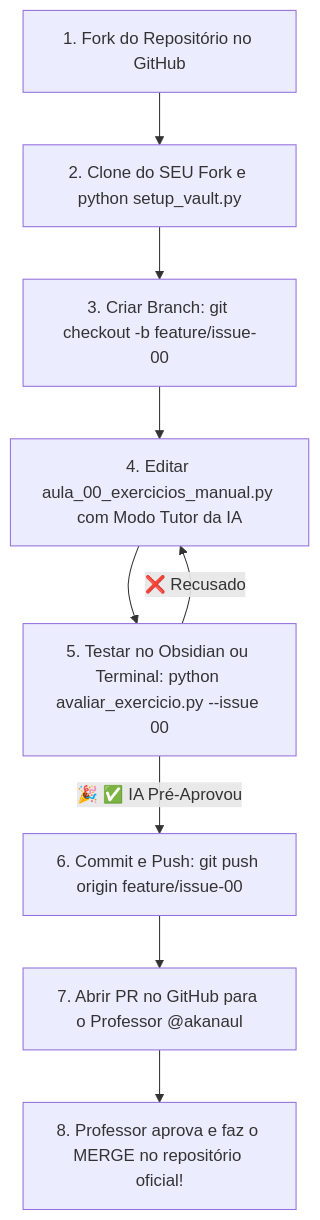
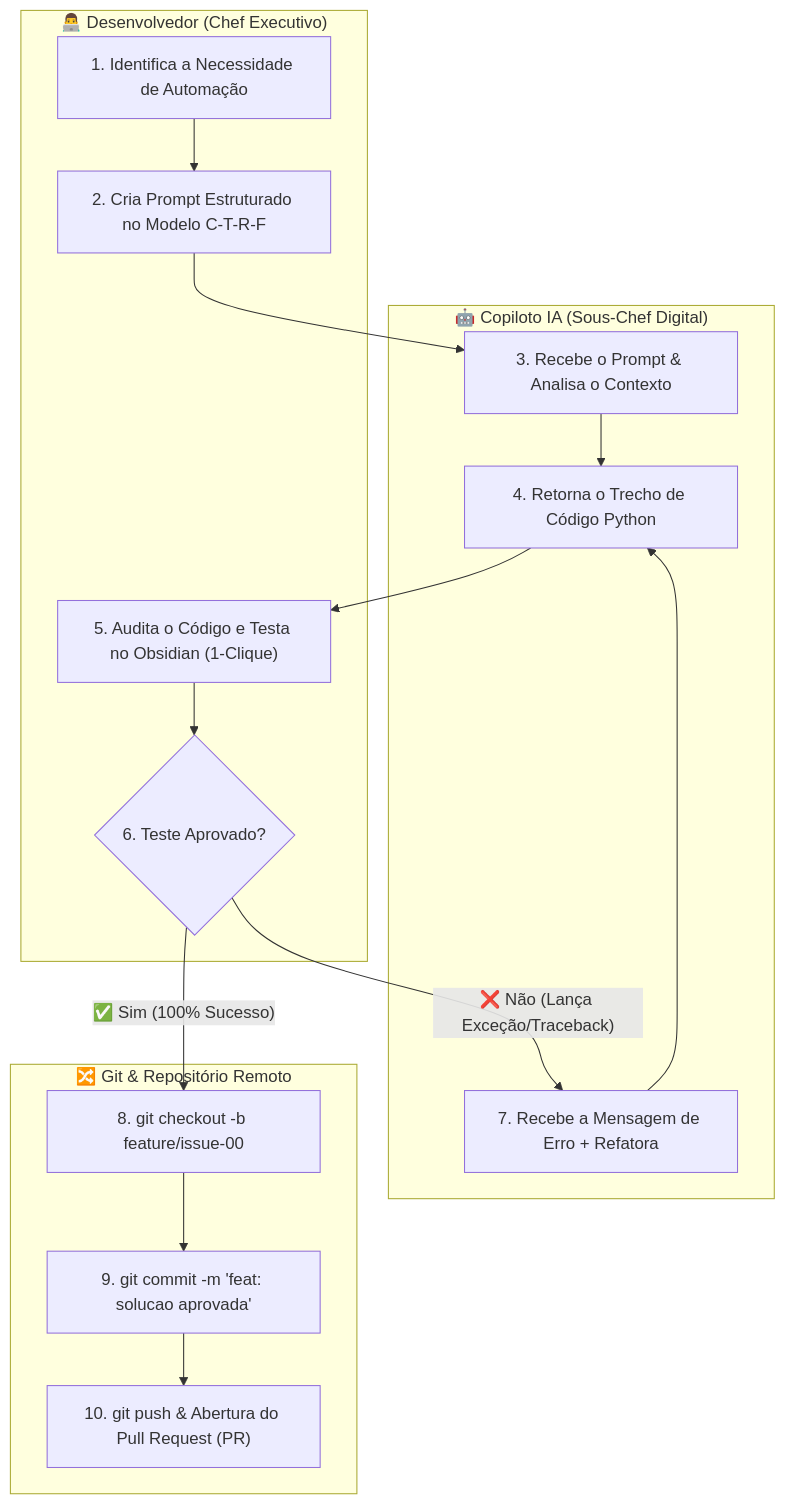
Before and after one commit to akanaul/Python-Aulas: the diagram in 01_fundamentos/teoria/Aula 00 - Mindset Vibe Coding Etico/Aula 00 - Mindset Vibe Coding Etico e Copilotos.md, drawn with Mermaid. The commit also changed other lines of this file and 202 other files, not shown here.

Commit message:
feat(vault): alinhamento 1-para-1 de 25 issues, gabaritos *_solucao_ia.py e curadoria agêntica

````diff
--- a/01_fundamentos/teoria/Aula 00 - Mindset Vibe Coding Etico/Aula 00 - Mindset Vibe Coding Etico e Copilotos.md
+++ b/01_fundamentos/teoria/Aula 00 - Mindset Vibe Coding Etico/Aula 00 - Mindset Vibe Coding Etico e Copilotos.md
@@ -76,11 +195,22 @@
 ```mermaid
-graph TD
-    A[1. Fork do Repositório no GitHub] --> B[2. Clone do SEU Fork e python setup_vault.py]
-    B --> C[3. Criar Branch: git checkout -b feature/issue-00]
-    C --> D[4. Editar aula_00_exercicios_manual.py com Modo Tutor da IA]
-    D --> E[5. Testar no Obsidian ou Terminal: python avaliar_exercicio.py --issue 00]
-    E -->|❌ Recusado| D
-    E -->|🎉 ✅ IA Pré-Aprovou| F[6. Commit e Push: git push origin feature/issue-00]
-    F --> G[7. Abrir PR no GitHub para o Professor @akanaul]
-    G --> H[8. Professor aprova e faz o MERGE no repositório oficial!]
+flowchart TD
+    subgraph DesenvolvedorHumano ["👨‍💻 Desenvolvedor (Chef Executivo)"]
+        A1["1. Identifica a Necessidade de Automação"] --> A2["2. Cria Prompt Estruturado no Modelo C-T-R-F"]
+        A3["5. Audita o Código e Testa no Obsidian (1-Clique)"] --> A4{"6. Teste Aprovado?"}
+    end
+
+    subgraph AssistenteIA ["🤖 Copiloto IA (Sous-Chef Digital)"]
+        B1["3. Recebe o Prompt & Analisa o Contexto"] --> B2["4. Retorna o Trecho de Código Python"]
+        B3["7. Recebe a Mensagem de Erro + Refatora"] --> B2
+    end
+
+    subgraph ControleVersao ["🔀 Git & Repositório Remoto"]
+        C1["8. git checkout -b feature/issue-00"] --> C2["9. git commit -m 'feat: solucao aprovada'"]
+        C2 --> C3["10. git push & Abertura do Pull Request (PR)"]
+    end
+
+    A2 --> B1
+    B2 --> A3
+    A4 -->|"❌ Não (Lança Exceção/Traceback)"| B3
+    A4 -->|"✅ Sim (100% Sucesso)"| C1
 ```
````
